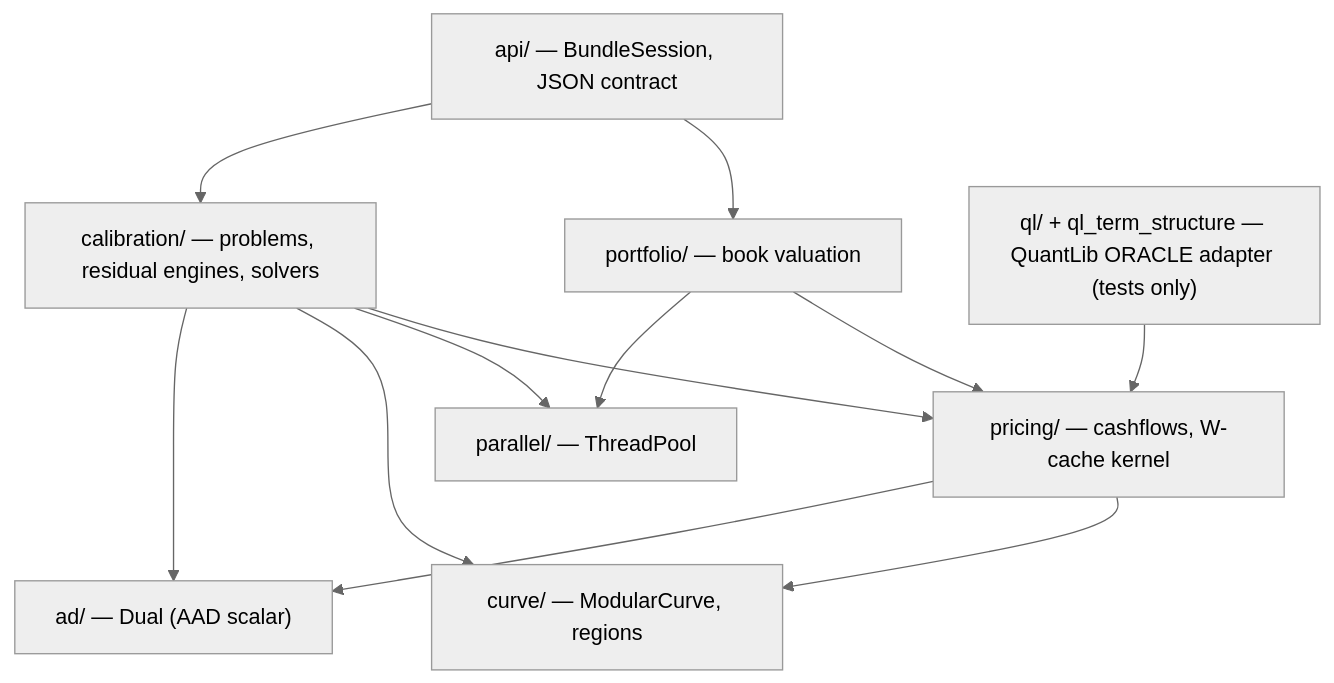
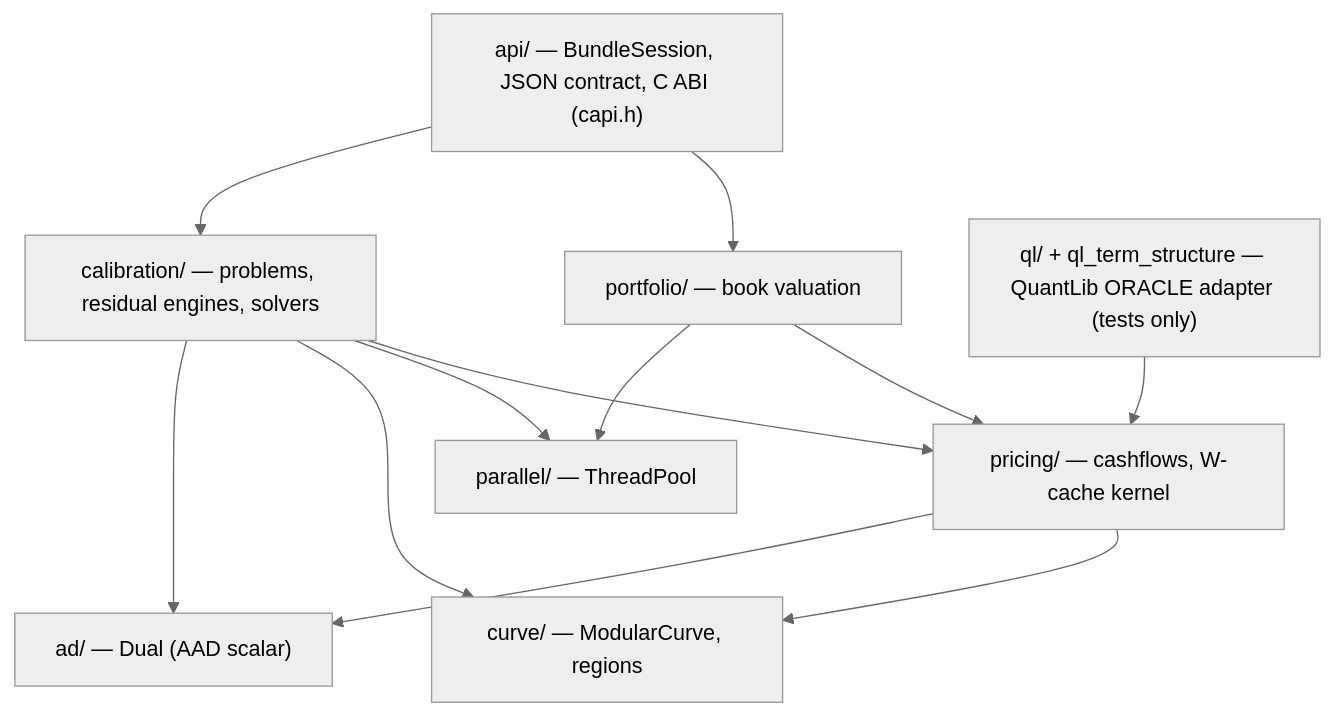
Before and after one commit to kbro123/SwapEngine: the first of 2 diagrams in ARCHITECTURE.md, drawn with Mermaid (neutral theme). The commit also changed other lines of this file and 6 other files, not shown here.

First line of the commit message:
feat(api): native regularized risk ladder + analytic cross-bundle transform + C ABI seam

````diff
--- a/ARCHITECTURE.md
+++ b/ARCHITECTURE.md
@@ -17,23 +17,23 @@
 ```mermaid
 graph TD
     ad["ad/ — Dual (AAD scalar)"]
     curve["curve/ — ModularCurve, regions"]
     parallel["parallel/ — ThreadPool"]
     pricing["pricing/ — cashflows, W-cache kernel"]
     calibration["calibration/ — problems, residual engines, solvers"]
     portfolio["portfolio/ — book valuation"]
-    api["api/ — BundleSession, JSON contract"]
+    api["api/ — BundleSession, JSON contract, C ABI (capi.h)"]
     ql["ql/ + ql_term_structure — QuantLib ORACLE adapter (tests only)"]
 
     pricing --> ad
     pricing --> curve
     calibration --> ad
     calibration --> curve
     calibration --> parallel
     calibration --> pricing
     portfolio --> parallel
     portfolio --> pricing
     api --> calibration
     api --> portfolio
     ql --> pricing
 ```
````
